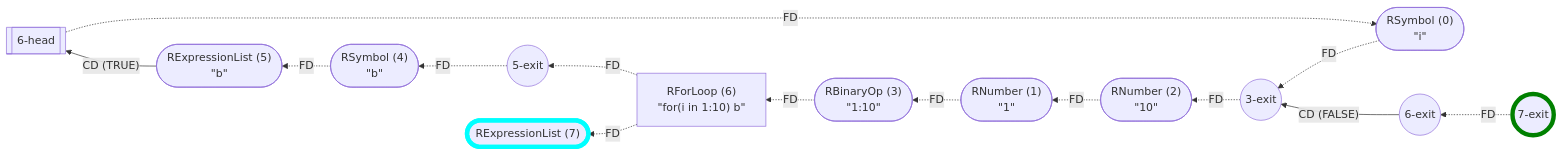
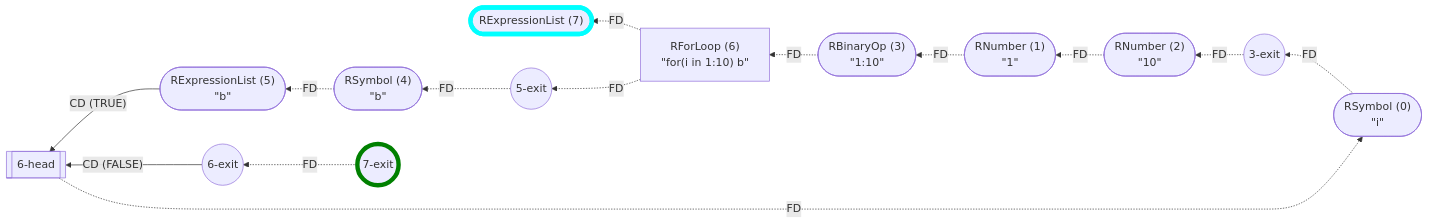
One commit to flowr-analysis/flowr changed diagram 12 of 23 in wiki/Control Flow Graph.md. Above: the diagram before and after it, drawn with Mermaid. The commit also changed other lines of this file and 1 other file, not shown here.

Commit message:
[skip ci] doc: update generated wiki pages (wiki/Interface,wiki/Control Flow Graph)

````diff
--- a/wiki/Control Flow Graph.md
+++ b/wiki/Control Flow Graph.md
@@ -1208,37 +1208,37 @@
 ```mermaid
 flowchart RL
     n7(["`RExpressionList (7)`"])
     n0(["`RSymbol (0)
 #34;i#34;`"])
     n6["`RForLoop (6)
 #34;for(i in 1#58;10) b#34;`"]
     n1(["`RNumber (1)
 #34;1#34;`"])
     n2(["`RNumber (2)
 #34;10#34;`"])
     n3(["`RBinaryOp (3)
 #34;1#58;10#34;`"])
     n3-exit((3-exit))
     n5(["`RExpressionList (5)
 #34;b#34;`"])
     n4(["`RSymbol (4)
 #34;b#34;`"])
     n5-exit((5-exit))
     n6-head[[6-head]]
     n6-exit((6-exit))
     n7-exit((7-exit))
     n6 -.->|"FD"| n7
     n6 -.->|"FD"| n5-exit
     n2 -.->|"FD"| n1
     n1 -.->|"FD"| n3
     n3-exit -.->|"FD"| n2
     n4 -.->|"FD"| n5
     n5-exit -.->|"FD"| n4
     n3 -.->|"FD"| n6
     n0 -.->|"FD"| n3-exit
     n6-head -.->|"FD"| n0
     n5 -->|"CD (TRUE)"| n6-head
-    n6-exit -->|"CD (FALSE)"| n3-exit
+    n6-exit -->|"CD (FALSE)"| n6-head
     n7-exit -.->|"FD"| n6-exit
     style n7 stroke:cyan,stroke-width:6.5px;    style n7-exit stroke:green,stroke-width:6.5px;
 ```
````
